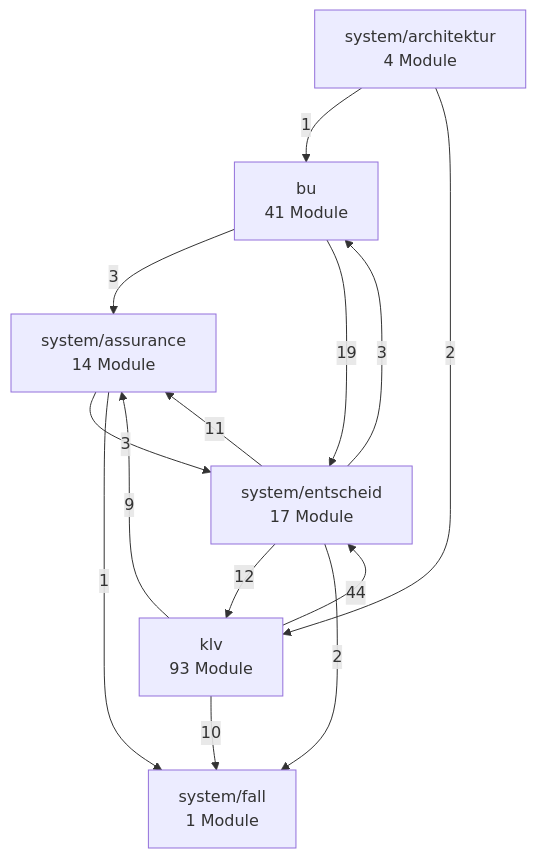
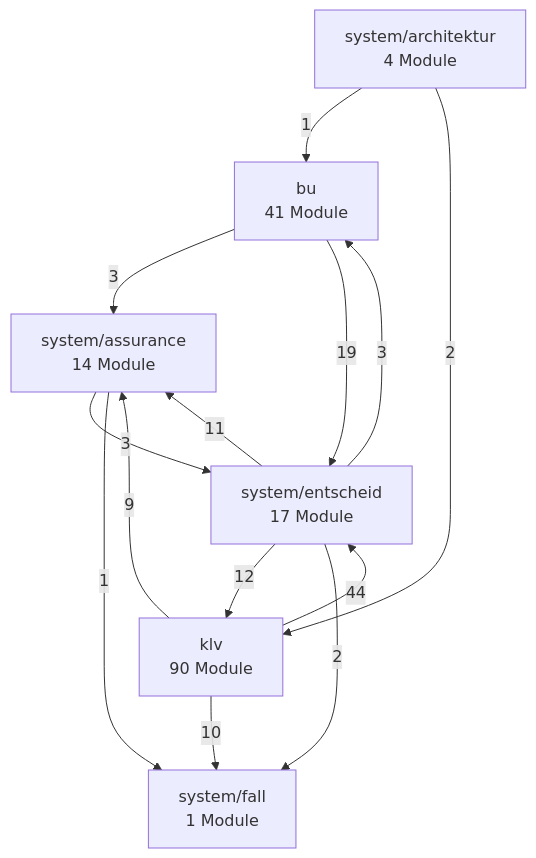
Before and after one commit to bartlmac/rechner-pipeline: the second of 3 diagrams in docs/architektur/landkarte.md, drawn with Mermaid. The commit also changed other lines of this file and 17 other files, not shown here.

````diff
--- a/docs/architektur/landkarte.md
+++ b/docs/architektur/landkarte.md
@@ -78,23 +76,23 @@
 ```mermaid
 %% Fachknoten — erzeugt von ontologie.landkarte
 flowchart TD
     bu["bu<br/>41 Module"]
-    klv["klv<br/>93 Module"]
+    klv["klv<br/>90 Module"]
     system_architektur["system/architektur<br/>4 Module"]
     system_assurance["system/assurance<br/>14 Module"]
     system_entscheid["system/entscheid<br/>17 Module"]
     system_fall["system/fall<br/>1 Module"]
     bu -- 3 --> system_assurance
     bu -- 19 --> system_entscheid
     klv -- 9 --> system_assurance
     klv -- 44 --> system_entscheid
     klv -- 10 --> system_fall
     system_architektur -- 1 --> bu
     system_architektur -- 2 --> klv
     system_assurance -- 3 --> system_entscheid
     system_assurance -- 1 --> system_fall
     system_entscheid -- 3 --> bu
     system_entscheid -- 12 --> klv
     system_entscheid -- 11 --> system_assurance
     system_entscheid -- 2 --> system_fall
 ```
````
